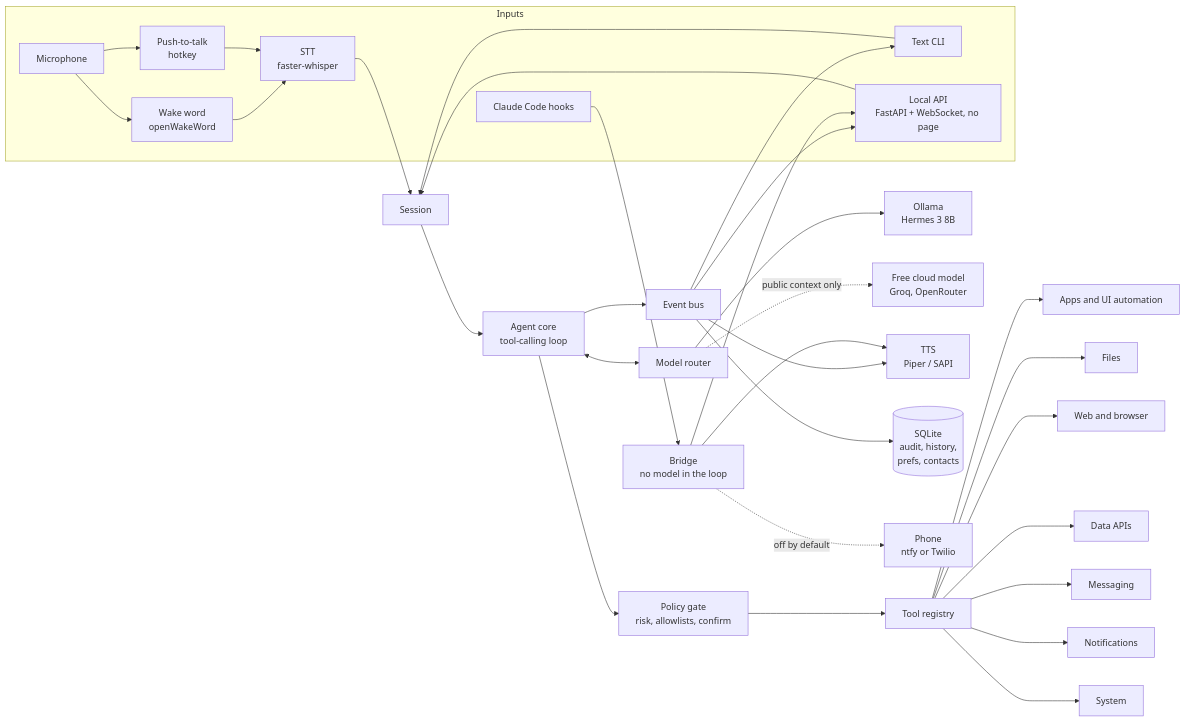
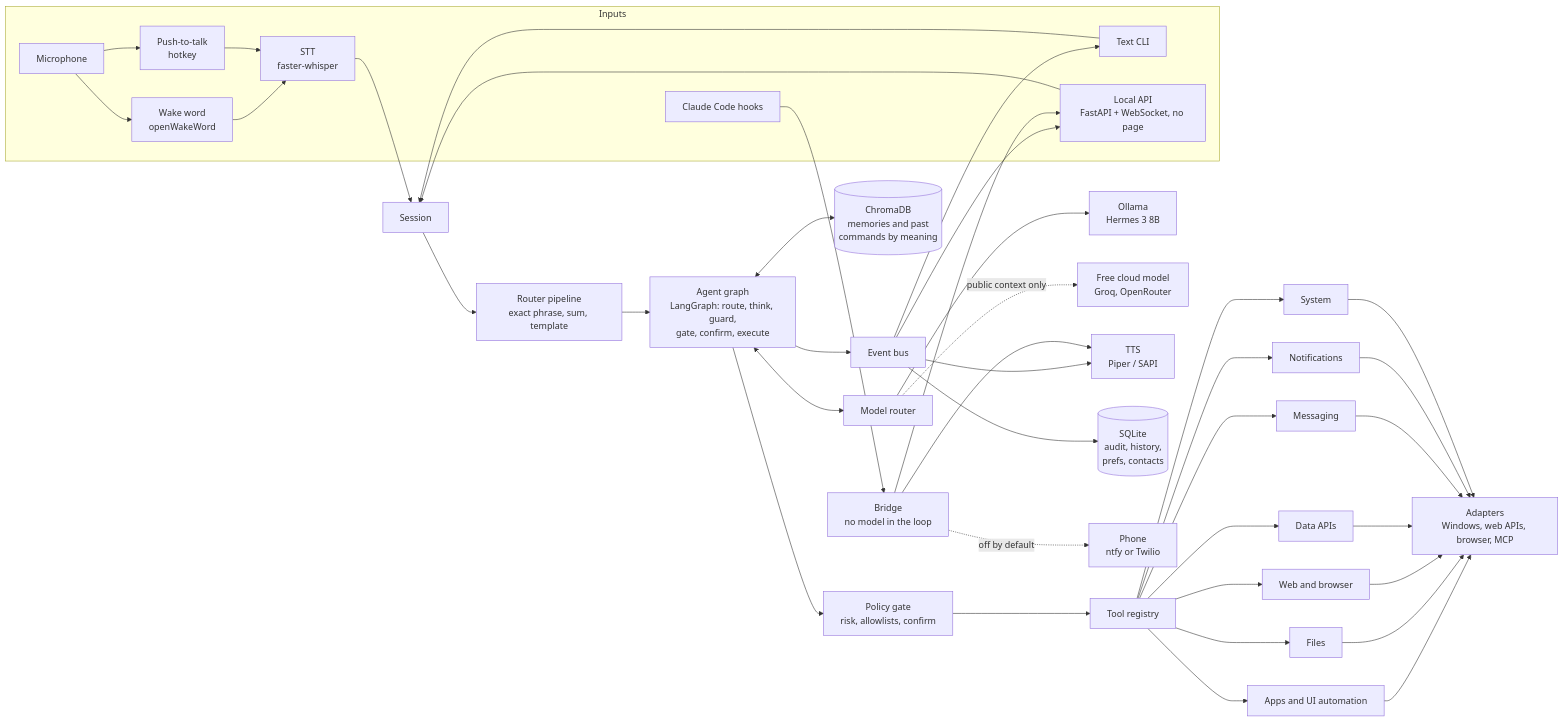
One commit to PreeyasTumulu/JARVIS changed the first of 4 diagrams in docs/ARCHITECTURE.md. Above: the diagram before and after it, drawn with Mermaid. The commit also changed other lines of this file and 6 other files, not shown here.

First line of the commit message:
docs: Phase 24 - ADR-083 and ADR-084, ARCHITECTURE section 4 from the graph, R60 to R62, hand tests

````diff
--- a/docs/ARCHITECTURE.md
+++ b/docs/ARCHITECTURE.md
@@ -24,38 +24,41 @@
 ```mermaid
 flowchart LR
   subgraph Inputs
     MIC[Microphone] --> WW[Wake word<br/>openWakeWord]
     MIC --> PTT[Push-to-talk<br/>hotkey]
     WW --> STT[STT<br/>faster-whisper]
     PTT --> STT
     CLI[Text CLI]
     WEB[Local API<br/>FastAPI + WebSocket, no page]
     HOOK[Claude Code hooks]
   end
 
   STT --> SES[Session]
   CLI --> SES
   WEB --> SES
-  SES --> AG[Agent core<br/>tool-calling loop]
+  SES --> RP[Router pipeline<br/>exact phrase, sum, template]
+  RP --> AG[Agent graph<br/>LangGraph: route, think, guard,<br/>gate, confirm, execute]
   AG <--> RT[Model router]
   RT --> LOC[Ollama<br/>Hermes 3 8B]
   RT -. public context only .-> CLD[Free cloud model<br/>Groq, OpenRouter]
   AG --> POL[Policy gate<br/>risk, allowlists, confirm]
   POL --> REG[Tool registry]
   REG --> TA[Apps and UI automation]
   REG --> TF[Files]
   REG --> TW[Web and browser]
   REG --> TD[Data APIs]
   REG --> TM[Messaging]
   REG --> TN[Notifications]
   REG --> TS[System]
+  TA & TF & TW & TD & TM & TN & TS --> ADP[Adapters<br/>Windows, web APIs, browser, MCP]
   AG --> BUS[Event bus]
   BUS --> WEB
   BUS --> CLI
   BUS --> TTS[TTS<br/>Piper / SAPI]
   BUS --> DB[(SQLite<br/>audit, history,<br/>prefs, contacts)]
+  AG <--> VEC[(ChromaDB<br/>memories and past<br/>commands by meaning)]
   HOOK --> BR[Bridge<br/>no model in the loop]
   BR --> WEB
   BR --> TTS
   BR -. off by default .-> PH[Phone<br/>ntfy or Twilio]
 ```
````
